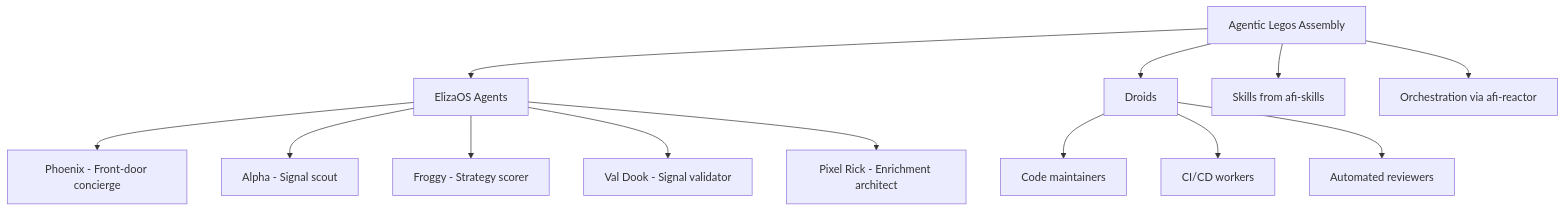
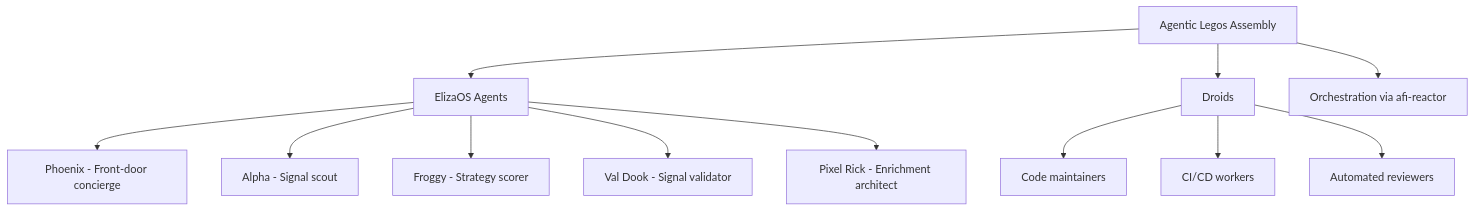
One commit to AFI-Protocol/afi-docs changed the second of 2 diagrams in agentic_legos_architecture_analysis.md. Above: the diagram before and after it, drawn with Mermaid. The commit also changed other lines of this file and 5 other files, not shown here.

First line of the commit message:
chore: remove references to the deleted afi-skills repository

````diff
--- a/agentic_legos_architecture_analysis.md
+++ b/agentic_legos_architecture_analysis.md
@@ -81,18 +71,17 @@
 ```mermaid
 graph TD
     A[ElizaOS Agents] --> B[Phoenix - Front-door concierge]
     A --> C[Alpha - Signal scout]
     A --> D[Froggy - Strategy scorer]
     A --> E[Val Dook - Signal validator]
     A --> F[Pixel Rick - Enrichment architect]
 
     G[Droids] --> H[Code maintainers]
     G --> I[CI/CD workers]
     G --> J[Automated reviewers]
 
     K[Agentic Legos Assembly]
     K --> A
     K --> G
-    K --> L[Skills from afi-skills]
     K --> M[Orchestration via afi-reactor]
 ```
````
